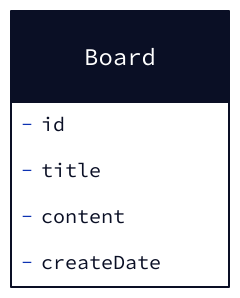
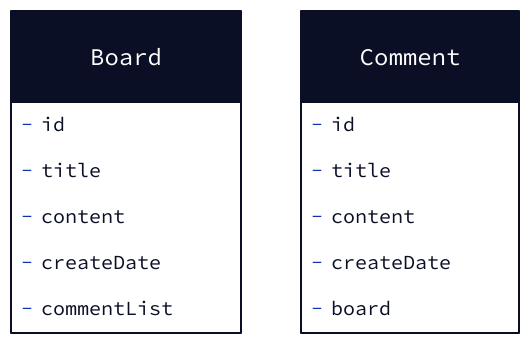
The diagram in class.d2 (soljeong/blog), drawn with D2 before and after one commit. The commit also changed 5 other files, not shown here.

```diff
--- a/class.d2
+++ b/class.d2
@@ -1,8 +1,19 @@
-Board : {
-    shape : class
-    
-    -id
-    -title
-    -content
-    -createDate
-    }
+Board: {
+  shape: class
+
+  -id
+  -title
+  -content
+  -createDate
+  -commentList
+}
+
+Comment: {
+  shape: class
+
+  -id
+  -title
+  -content
+  -createDate
+  -board
+}
```
